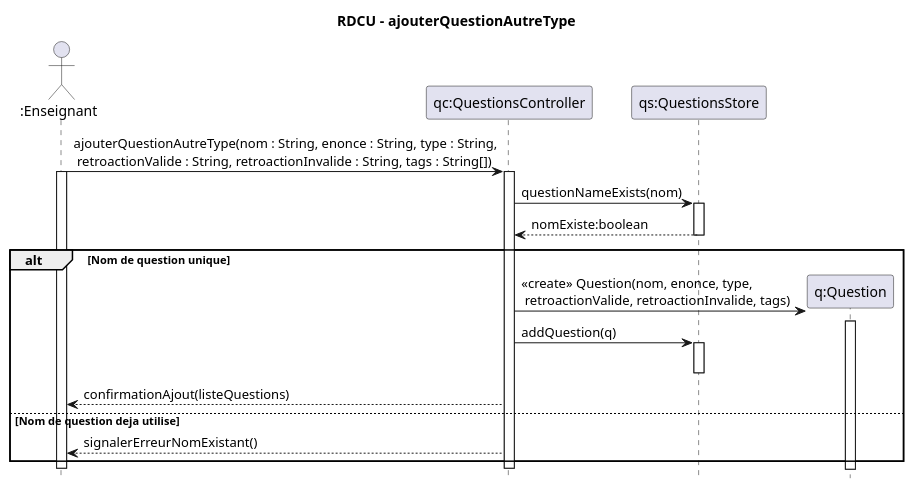
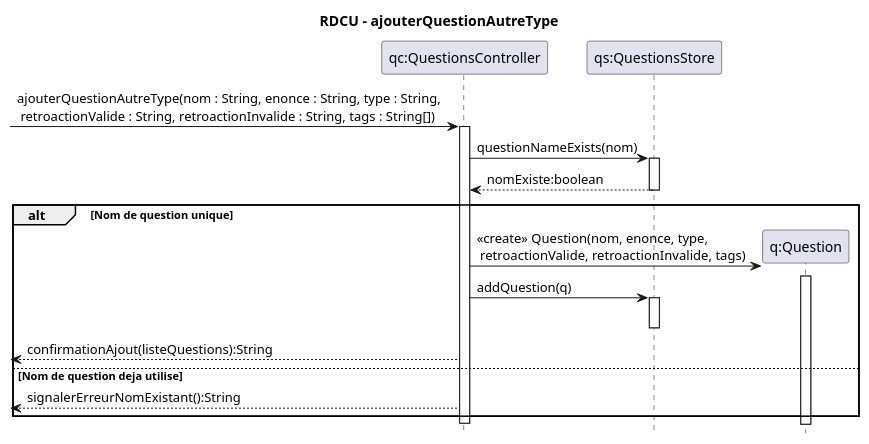
One commit to xMrYahya/moodle-clone changed the diagram in docs/modeles/cu02/rdcu-ajouter-question-autre-type.puml. Above: the diagram before and after it, drawn with PlantUML. The commit also changed 4 other files, not shown here.

```diff
--- a/docs/modeles/cu02/rdcu-ajouter-question-autre-type.puml
+++ b/docs/modeles/cu02/rdcu-ajouter-question-autre-type.puml
@@ -1,37 +1,35 @@
 @startuml
 hide footbox
 title RDCU - ajouterQuestionAutreType
 
-actor ":Enseignant" as e
 participant "qc:QuestionsController" as QC
 participant "qs:QuestionsStore" as QS
 participant "q:Question" as Q
 
-e -> QC : ajouterQuestionAutreType(nom : String, enonce : String, type : String,\n retroactionValide : String, retroactionInvalide : String, tags : String[])
-activate e
+-> QC : ajouterQuestionAutreType(nom : String, enonce : String, type : String,\n retroactionValide : String, retroactionInvalide : String, tags : String[])
 
 activate QC
 
 QC -> QS : questionNameExists(nom)
 activate QS
 QS --> QC : nomExiste:boolean
 deactivate QS
 
 alt Nom de question unique
   create Q
   QC -> Q : <<create>> Question(nom, enonce, type,\n retroactionValide, retroactionInvalide, tags)
   activate Q
   deactivate Q
 
   QC -> QS : addQuestion(q)
   activate QS
   deactivate QS
 
-  QC --> e : confirmationAjout(listeQuestions)
+  <-- QC : confirmationAjout(listeQuestions):String
 else Nom de question deja utilise
-  QC --> e : signalerErreurNomExistant()
+  <-- QC : signalerErreurNomExistant():String
 end
 
 deactivate QC
-deactivate e
+
 @enduml
```
